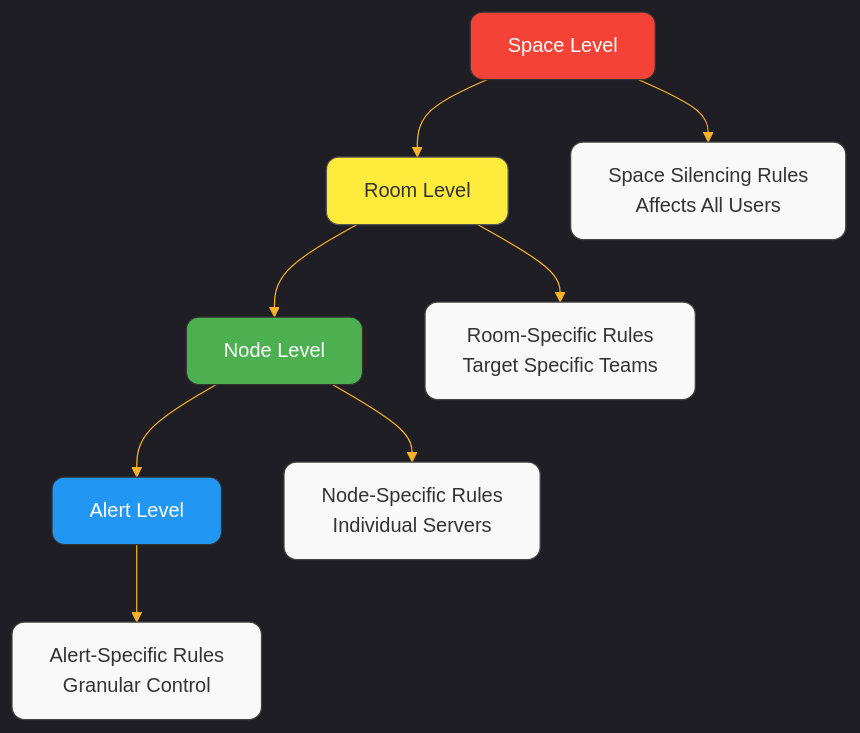
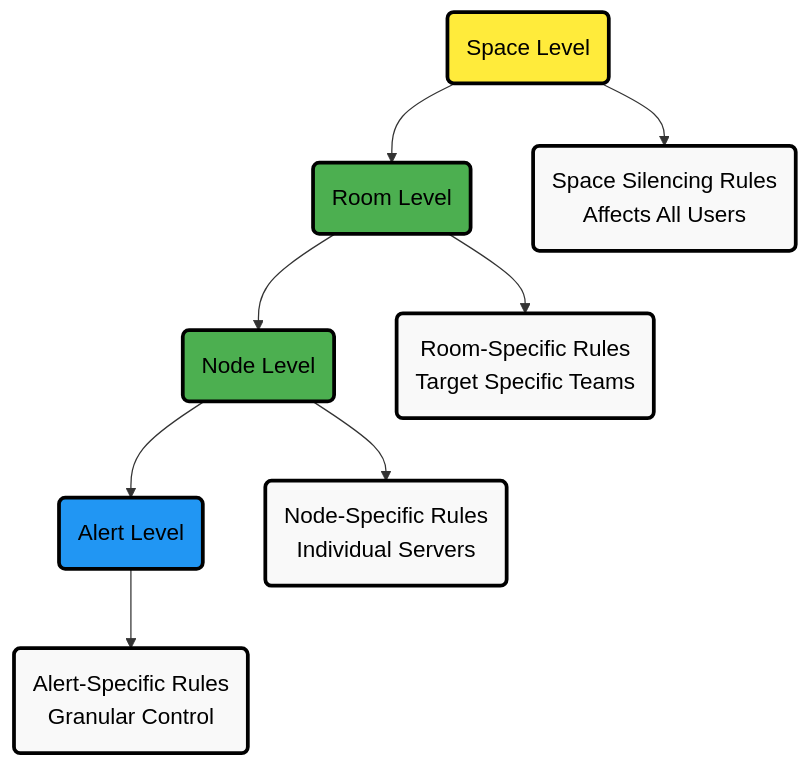
The first of 2 diagrams in docs/alerts-and-notifications/notifications/centralized-cloud-notifications/manage-alert-notification-silencing-rules.md (netdata/netdata), drawn with Mermaid before and after one commit. The commit also changed other lines of this file and 21 other files, not shown here.

Commit message:
Fix Mermaid diagrams across multiple files

````diff
--- a/docs/alerts-and-notifications/notifications/centralized-cloud-notifications/manage-alert-notification-silencing-rules.md
+++ b/docs/alerts-and-notifications/notifications/centralized-cloud-notifications/manage-alert-notification-silencing-rules.md
@@ -7,22 +7,23 @@
 ```mermaid
-%%{init: {'theme': 'dark', 'themeVariables': { 'primaryColor': '#2b2b2b', 'primaryTextColor': '#fff', 'primaryBorderColor': '#7C0000', 'lineColor': '#F8B229', 'secondaryColor': '#006100', 'tertiaryColor': '#333'}}}%%
 flowchart TD
-    Space[Space Level] --> Room[Room Level]
-    Room --> Node[Node Level]
-    Node --> Alert[Alert Level]
+    Space("Space Level") --> Room("Room Level")
+    Room --> Node("Node Level")
+    Node --> Alert("Alert Level")
     
-    Space --> SpaceRules[Space Silencing Rules<br/>Affects All Users]
-    Room --> RoomRules[Room-Specific Rules<br/>Target Specific Teams]
-    Node --> NodeRules[Node-Specific Rules<br/>Individual Servers]
-    Alert --> AlertRules[Alert-Specific Rules<br/>Granular Control]
+    Space --> SpaceRules("Space Silencing Rules<br/>Affects All Users")
+    Room --> RoomRules("Room-Specific Rules<br/>Target Specific Teams")
+    Node --> NodeRules("Node-Specific Rules<br/>Individual Servers")
+    Alert --> AlertRules("Alert-Specific Rules<br/>Granular Control")
     
-    style Space fill:#f44336,stroke:#333,color:#fff,stroke-width:1px,rx:10,ry:10
-    style Room fill:#ffeb3b,stroke:#555,color:#333,stroke-width:1px,rx:10,ry:10
-    style Node fill:#4caf50,stroke:#333,color:#fff,stroke-width:1px,rx:10,ry:10
-    style Alert fill:#2196F3,stroke:#333,color:#fff,stroke-width:1px,rx:10,ry:10
-    
-    style SpaceRules fill:#f9f9f9,stroke:#444,color:#333,stroke-width:1px,rx:10,ry:10
-    style RoomRules fill:#f9f9f9,stroke:#444,color:#333,stroke-width:1px,rx:10,ry:10
-    style NodeRules fill:#f9f9f9,stroke:#444,color:#333,stroke-width:1px,rx:10,ry:10
-    style AlertRules fill:#f9f9f9,stroke:#444,color:#333,stroke-width:1px,rx:10,ry:10
+    %% Style definitions
+    classDef alert fill:#ffeb3b,stroke:#000000,stroke-width:3px,color:#000000,font-size:18px
+    classDef neutral fill:#f9f9f9,stroke:#000000,stroke-width:3px,color:#000000,font-size:18px
+    classDef complete fill:#4caf50,stroke:#000000,stroke-width:3px,color:#000000,font-size:18px
+    classDef database fill:#2196F3,stroke:#000000,stroke-width:3px,color:#000000,font-size:18px
+
+    %% Apply styles
+    class Space alert
+    class Room,Node complete
+    class Alert database
+    class SpaceRules,RoomRules,NodeRules,AlertRules neutral
 ```
````
